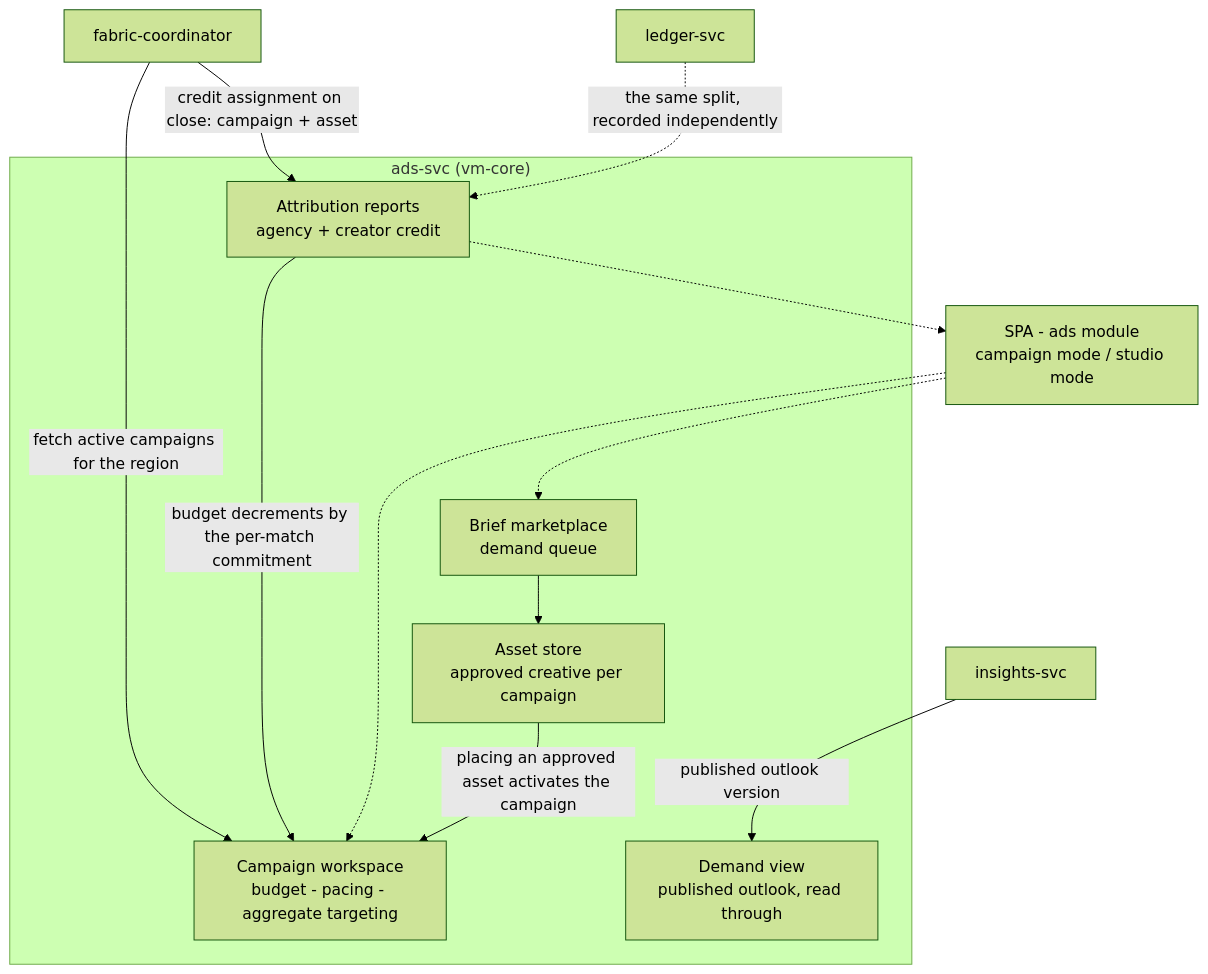
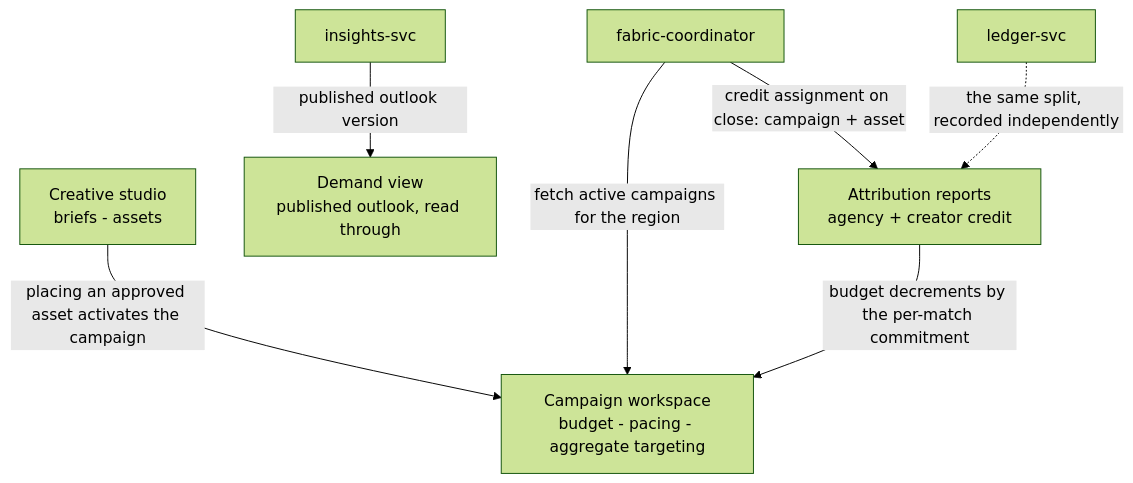
Before and after one commit to alius-git/amisad.dev: the diagram in plan/design/05-ads.md, drawn with Mermaid (forest theme). The commit also changed other lines of this file and 41 other files, not shown here.

First line of the commit message:
Index the AmisAd design diagrams and keep each within seven boxes

````diff
--- a/plan/design/05-ads.md
+++ b/plan/design/05-ads.md
@@ -7,25 +7,17 @@
 ```mermaid
 flowchart TD
-    subgraph svc["ads-svc (vm-core)"]
-        campaigns["Campaign workspace<br/>budget - pacing - aggregate targeting"]
-        briefs["Brief marketplace<br/>demand queue"]
-        assets["Asset store<br/>approved creative per campaign"]
-        attribution["Attribution reports<br/>agency + creator credit"]
-        demand["Demand view<br/>published outlook, read through"]
-    end
-    spa["SPA - ads module<br/>campaign mode / studio mode"]
+    campaigns["Campaign workspace<br/>budget - pacing - aggregate targeting"]
+    studio["Creative studio<br/>briefs - assets"]
+    attribution["Attribution reports<br/>agency + creator credit"]
+    demand["Demand view<br/>published outlook, read through"]
     insights["insights-svc"]
     coordinator["fabric-coordinator"]
     ledger["ledger-svc"]
 
-    spa -.-> campaigns
-    spa -.-> briefs
-    briefs --> assets
-    assets -->|"placing an approved asset activates the campaign"| campaigns
+    studio -->|"placing an approved asset activates the campaign"| campaigns
     insights -->|"published outlook version"| demand
     coordinator -->|"fetch active campaigns for the region"| campaigns
     coordinator -->|"credit assignment on close: campaign + asset"| attribution
     attribution -->|"budget decrements by the per-match commitment"| campaigns
     ledger -.->|"the same split, recorded independently"| attribution
-    attribution -.-> spa
 ```
````
